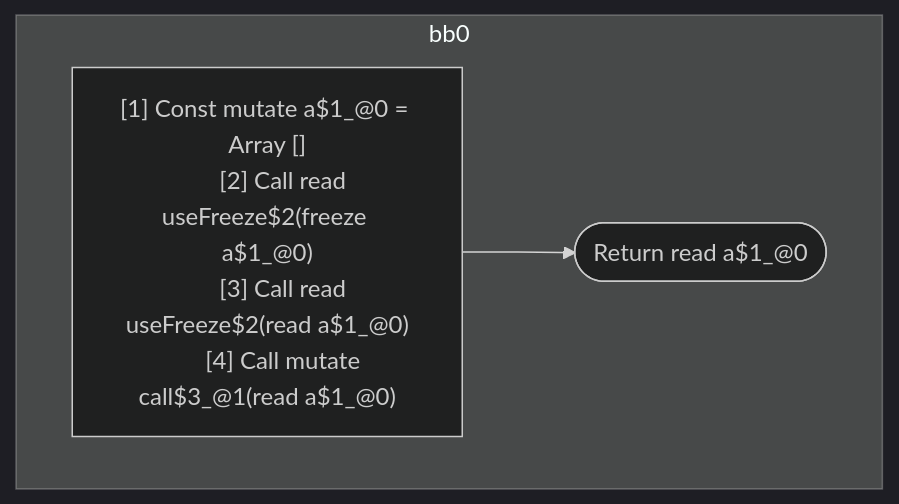
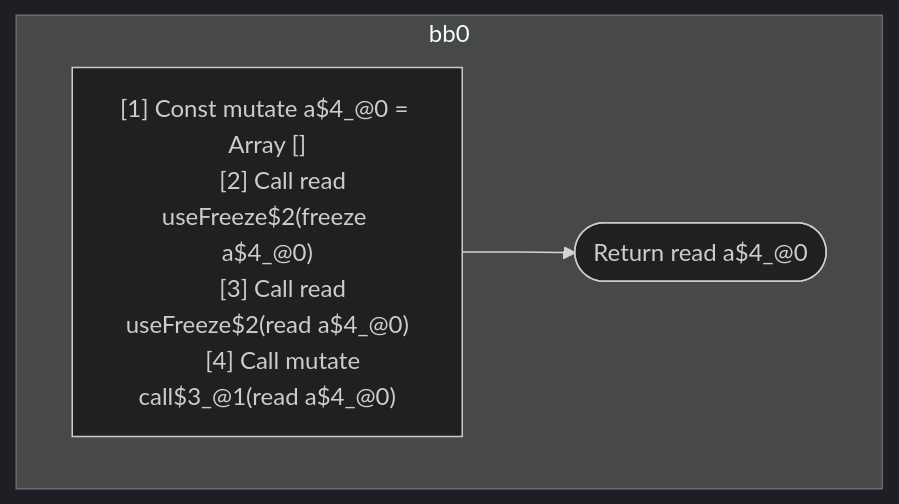
The first of 3 diagrams in compiler/forget/src/__tests__/fixtures/hir/hooks-freeze-arguments.expect.md (wutsmog/private), drawn with Mermaid (dark theme) before and after one commit. The commit also changed other lines of this file and 59 other files, not shown here.

````diff
--- a/compiler/forget/src/__tests__/fixtures/hir/hooks-freeze-arguments.expect.md
+++ b/compiler/forget/src/__tests__/fixtures/hir/hooks-freeze-arguments.expect.md
@@ -31,16 +31,16 @@
 ```mermaid
 flowchart TB
   %% Basic Blocks
   subgraph bb0
     bb0_instrs["
-      [1] Const mutate a$1_@0 = Array []
-      [2] Call read useFreeze$2(freeze a$1_@0)
-      [3] Call read useFreeze$2(read a$1_@0)
-      [4] Call mutate call$3_@1(read a$1_@0)
+      [1] Const mutate a$4_@0 = Array []
+      [2] Call read useFreeze$2(freeze a$4_@0)
+      [3] Call read useFreeze$2(read a$4_@0)
+      [4] Call mutate call$3_@1(read a$4_@0)
     "]
-    bb0_instrs --> bb0_terminal(["Return read a$1_@0"])
+    bb0_instrs --> bb0_terminal(["Return read a$4_@0"])
   end
 
   %% Jumps
   %% empty
 ```
````
